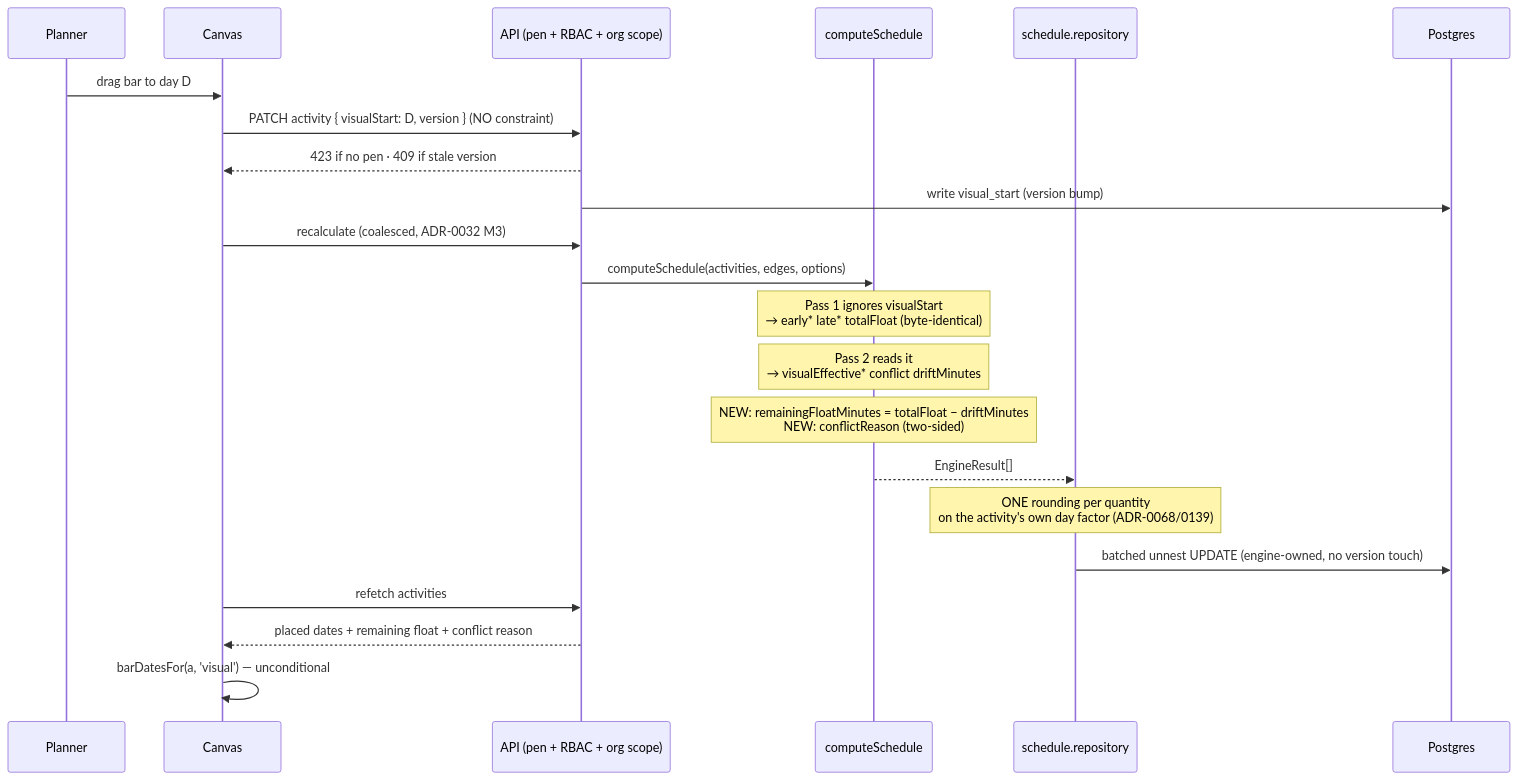
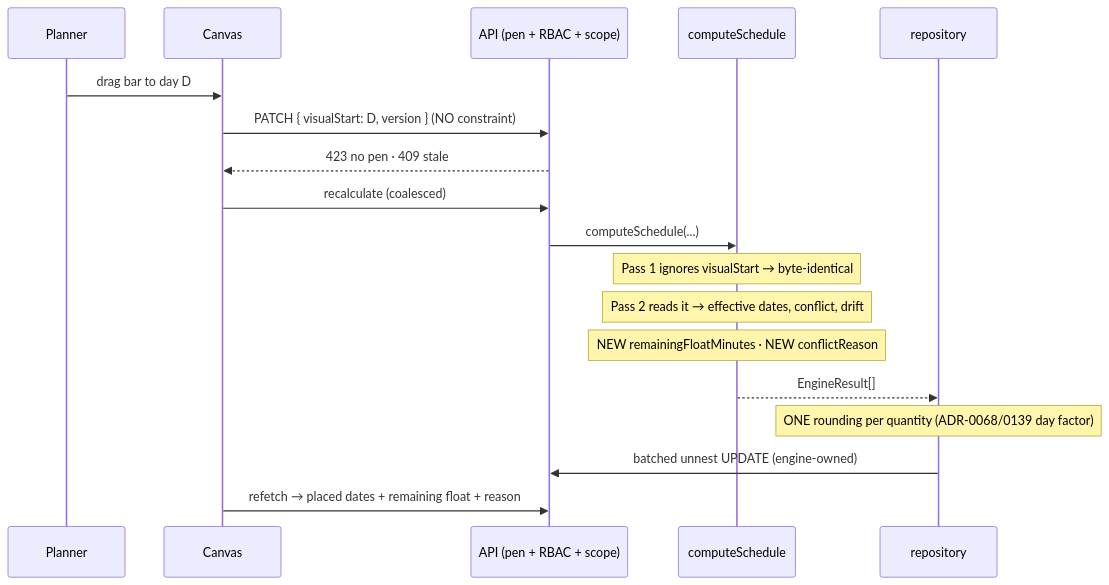
Before and after one commit to HuttonHomeHub/SchedulePoint_1: the second of 5 diagrams in docs/specs/one-planning-surface/feature-spec.md, drawn with Mermaid. The commit also changed other lines of this file and 2 other files, not shown here.

````diff
--- a/docs/specs/one-planning-surface/feature-spec.md
+++ b/docs/specs/one-planning-surface/feature-spec.md
@@ -436,25 +397,20 @@
 ```mermaid
 sequenceDiagram
   participant P as Planner
   participant C as Canvas
-  participant A as API (pen + RBAC + org scope)
+  participant A as API (pen + RBAC + scope)
   participant E as computeSchedule
-  participant R as schedule.repository
-  participant DB as Postgres
-
+  participant R as repository
   P->>C: drag bar to day D
-  C->>A: PATCH activity { visualStart: D, version } (NO constraint)
-  A-->>C: 423 if no pen · 409 if stale version
-  A->>DB: write visual_start (version bump)
-  C->>A: recalculate (coalesced, ADR-0032 M3)
-  A->>E: computeSchedule(activities, edges, options)
-  Note over E: Pass 1 ignores visualStart<br/>→ early* late* totalFloat (byte-identical)
-  Note over E: Pass 2 reads it<br/>→ visualEffective* conflict driftMinutes
-  Note over E: NEW: remainingFloatMinutes = totalFloat − driftMinutes<br/>NEW: conflictReason (two-sided)
+  C->>A: PATCH { visualStart: D, version } (NO constraint)
+  A-->>C: 423 no pen · 409 stale
+  C->>A: recalculate (coalesced)
+  A->>E: computeSchedule(...)
+  Note over E: Pass 1 ignores visualStart → byte-identical
+  Note over E: Pass 2 reads it → effective dates, conflict, drift
+  Note over E: NEW remainingFloatMinutes · NEW conflictReason
   E-->>R: EngineResult[]
-  Note over R: ONE rounding per quantity<br/>on the activity's own day factor (ADR-0068/0139)
-  R->>DB: batched unnest UPDATE (engine-owned, no version touch)
-  C->>A: refetch activities
-  A-->>C: placed dates + remaining float + conflict reason
-  C->>C: barDatesFor(a, 'visual') — unconditional
+  Note over R: ONE rounding per quantity (ADR-0068/0139 day factor)
+  R->>A: batched unnest UPDATE (engine-owned)
+  C->>A: refetch → placed dates + remaining float + reason
 ```
````
